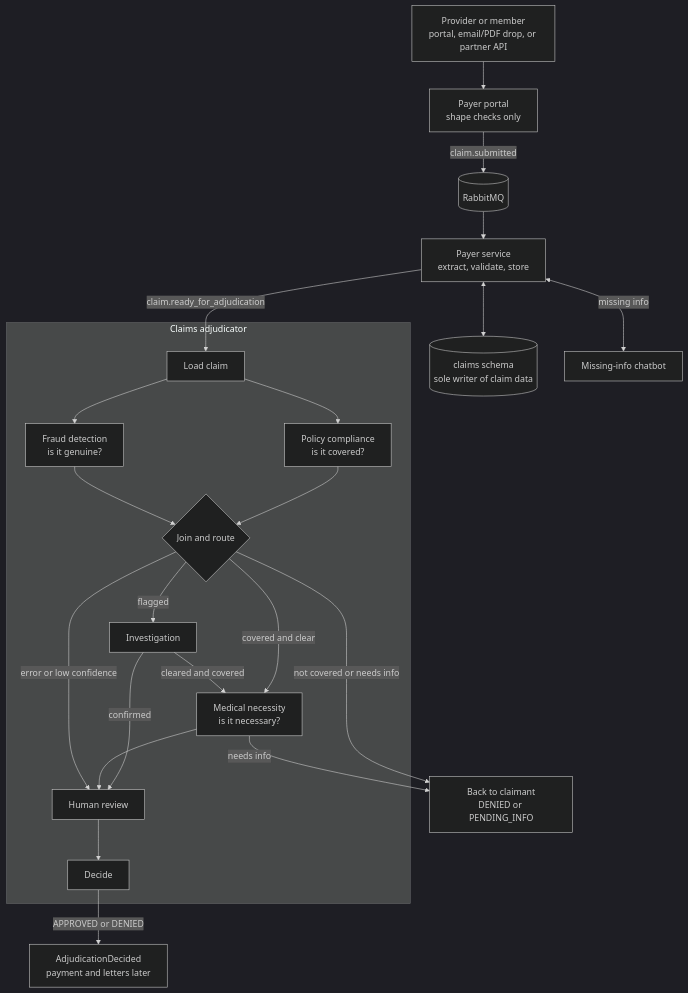
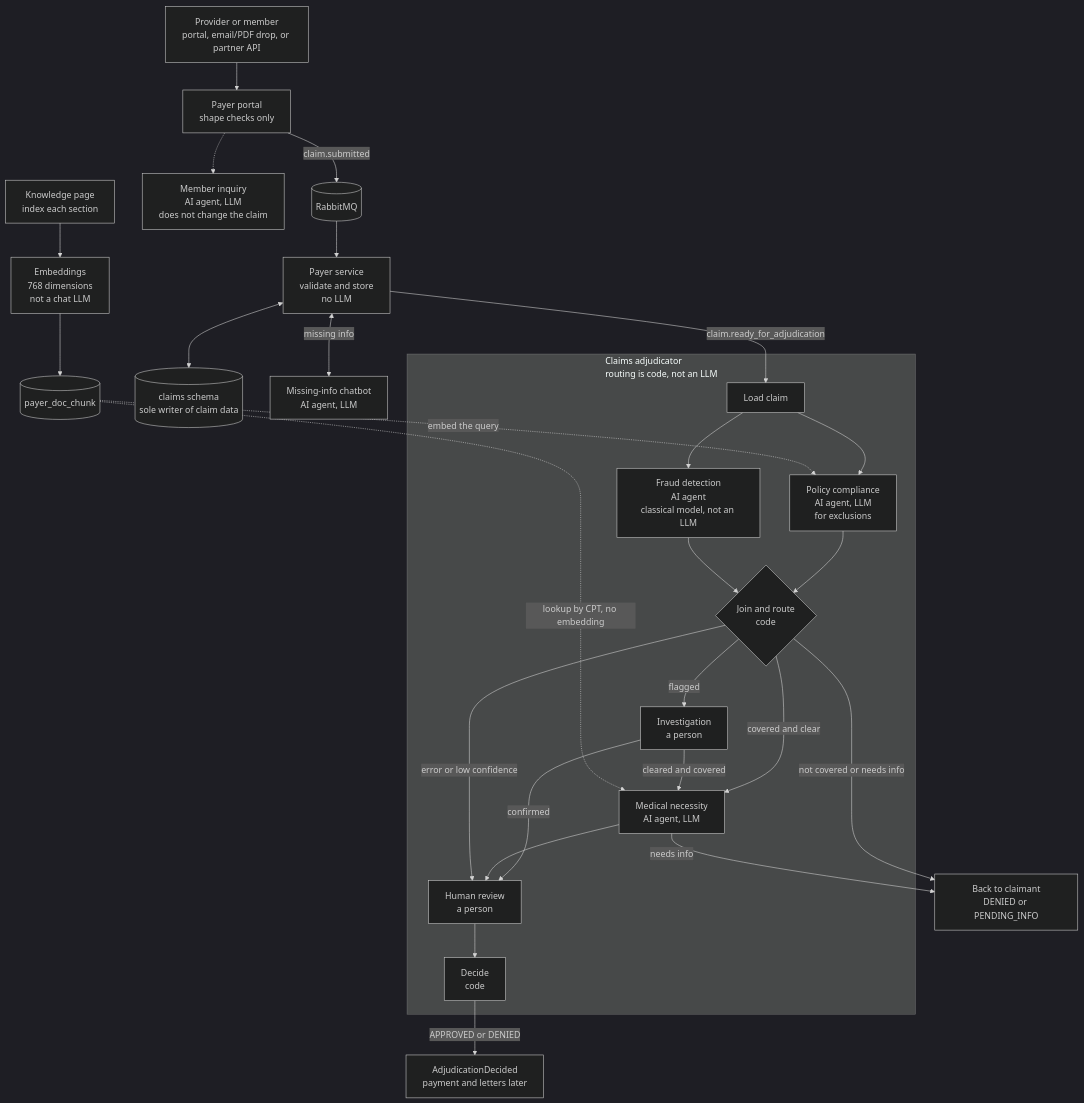
Before and after one commit to ravikn2017/Claims_AI_Sentinel: the first of 3 diagrams in README.md, drawn with Mermaid (dark theme). The commit also changed other lines of this file and 4 other files, not shown here.

````diff
--- a/README.md
+++ b/README.md
@@ -23,27 +23,34 @@
 ```mermaid
 flowchart TD
     who["Provider or member<br/>portal, email/PDF drop, or partner API"] --> portal["Payer portal<br/>shape checks only"]
     portal -->|claim.submitted| mq[("RabbitMQ")]
-    mq --> payer["Payer service<br/>extract, validate, store"]
+    portal -.-> inquiry["Member inquiry<br/>AI agent, LLM<br/>does not change the claim"]
+    mq --> payer["Payer service<br/>validate and store<br/>no LLM"]
     payer <--> db[("claims schema<br/>sole writer of claim data")]
-    payer <-->|"missing info"| bot["Missing-info chatbot"]
+    payer <-->|"missing info"| bot["Missing-info chatbot<br/>AI agent, LLM"]
     payer -->|claim.ready_for_adjudication| load
 
-    subgraph adj["Claims adjudicator"]
-        load["Load claim"] --> pc["Policy compliance<br/>is it covered?"]
-        load --> fd["Fraud detection<br/>is it genuine?"]
-        pc --> join{"Join and route"}
+    index["Knowledge page<br/>index each section"] --> embed["Embeddings<br/>768 dimensions<br/>not a chat LLM"]
+    embed --> docs[("payer_doc_chunk")]
+
+    subgraph adj["Claims adjudicator<br/>routing is code, not an LLM"]
+        load["Load claim"] --> pc["Policy compliance<br/>AI agent, LLM<br/>for exclusions"]
+        load --> fd["Fraud detection<br/>AI agent<br/>classical model, not an LLM"]
+        pc --> join{"Join and route<br/>code"}
         fd --> join
-        join -->|"covered and clear"| mn["Medical necessity<br/>is it necessary?"]
-        join -->|flagged| inv["Investigation"]
+        join -->|"covered and clear"| mn["Medical necessity<br/>AI agent, LLM"]
+        join -->|flagged| inv["Investigation<br/>a person"]
         inv -->|cleared and covered| mn
         inv -->|confirmed| rev
-        mn --> rev["Human review"]
+        mn --> rev["Human review<br/>a person"]
         join -->|"error or low confidence"| rev
-        rev --> dec["Decide"]
+        rev --> dec["Decide<br/>code"]
     end
+
+    docs -.->|"embed the query"| pc
+    docs -.->|"lookup by CPT, no embedding"| mn
 
     join -->|"not covered or needs info"| ret["Back to claimant<br/>DENIED or PENDING_INFO"]
     mn -->|needs info| ret
     dec -->|"APPROVED or DENIED"| out["AdjudicationDecided<br/>payment and letters later"]
 ```
````
